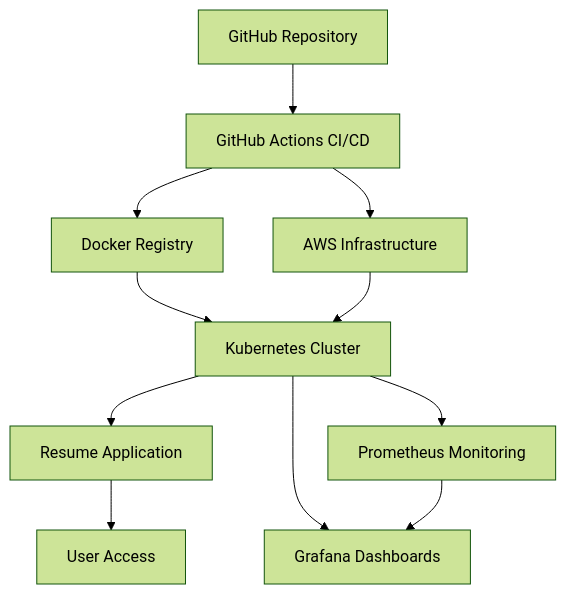
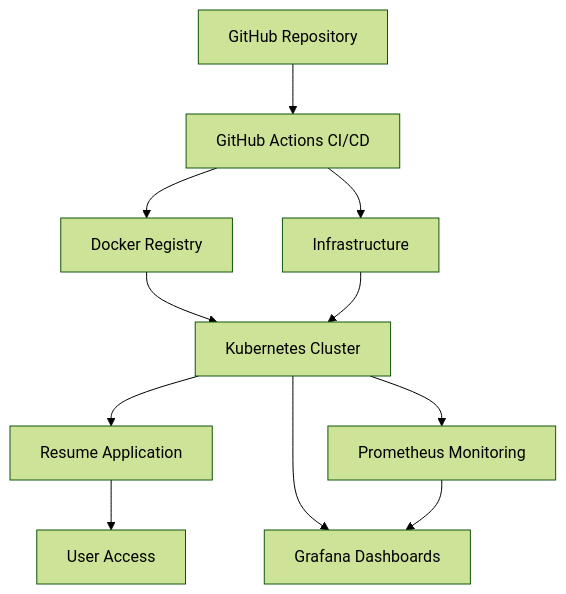
Before and after one commit to twinleq/devops-resume-platform: the diagram in README.md, drawn with Mermaid (forest theme). The commit also changed other lines of this file and 11 other files, not shown here.

````diff
--- a/README.md
+++ b/README.md
@@ -16,13 +20,13 @@
 ```mermaid
 graph TB
     A[GitHub Repository] --> B[GitHub Actions CI/CD]
     B --> C[Docker Registry]
-    B --> D[AWS Infrastructure]
+    B --> D[Infrastructure]
     C --> E[Kubernetes Cluster]
     D --> E
     E --> F[Resume Application]
     E --> G[Prometheus Monitoring]
     E --> H[Grafana Dashboards]
     F --> I[User Access]
     G --> H
 ```
````
